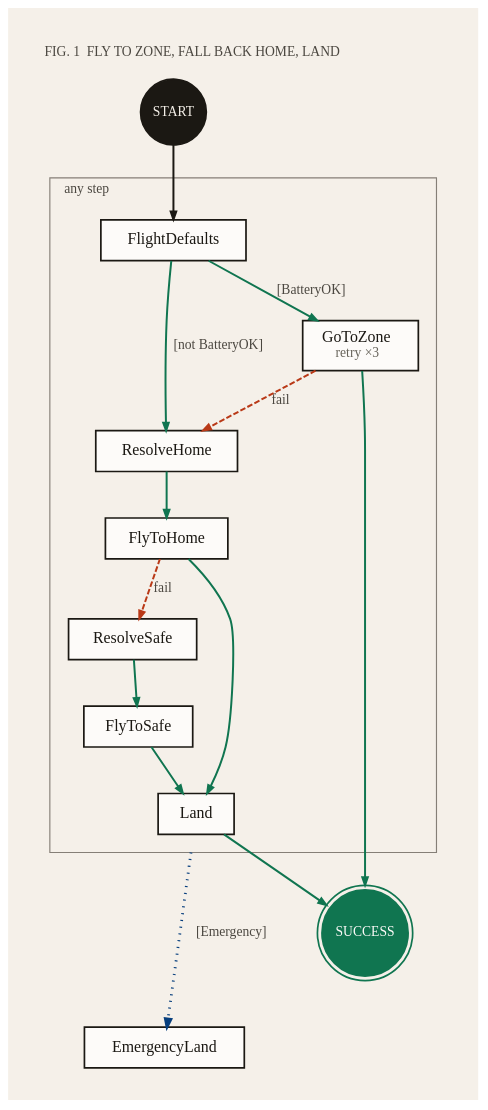
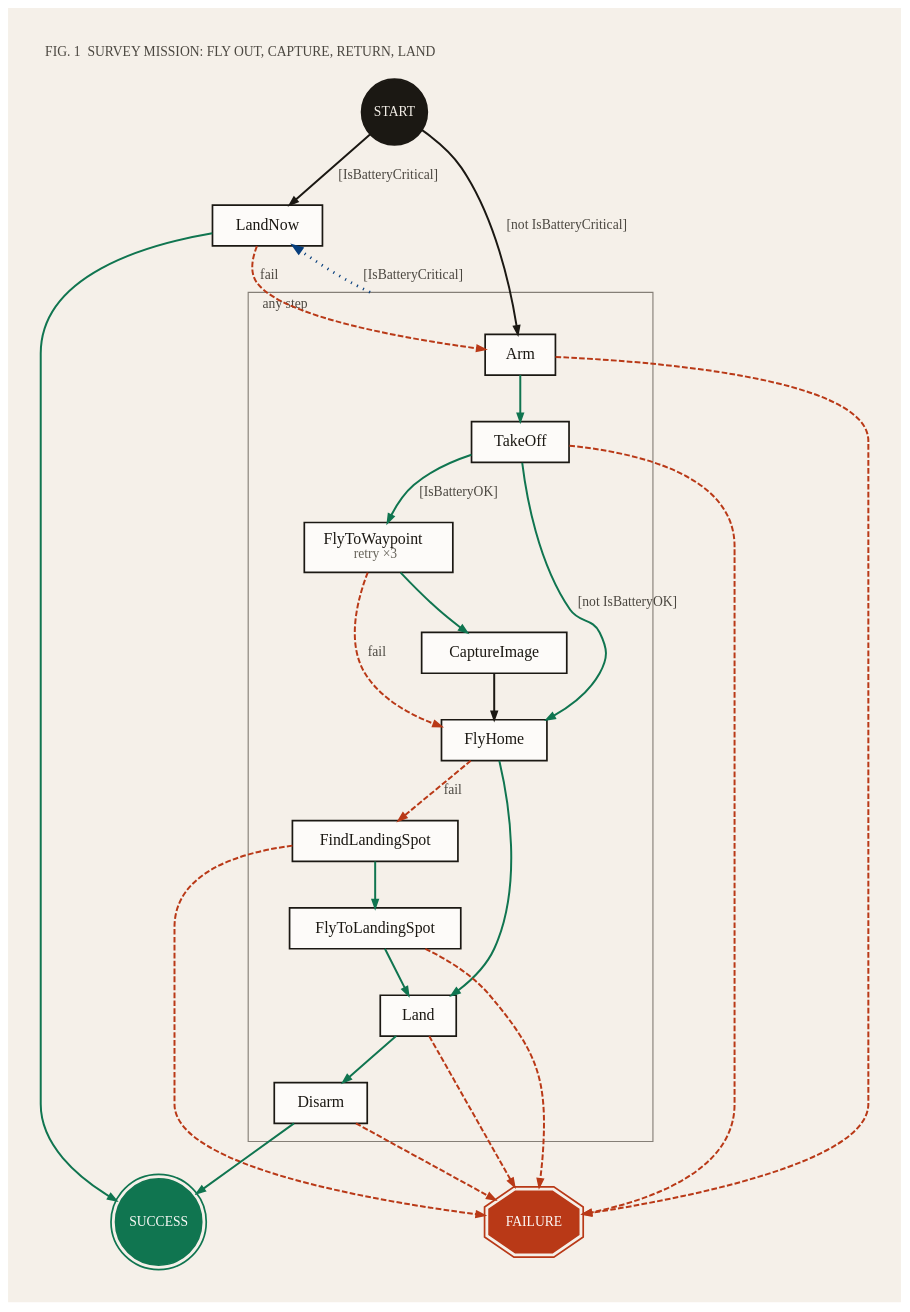
Before and after one commit to guilyx/beehave: the diagram in .branding/graph-style/example.dot, drawn with Graphviz. The commit also changed 11 other files, not shown here.

```diff
--- a/.branding/graph-style/example.dot
+++ b/.branding/graph-style/example.dot
@@ -1,60 +1,75 @@
 // Beehave graph style for Graphviz, light theme.
 // Hex values come from .branding/tokens/tokens.json (color.light.*).
+// Graph: examples/aerial/drone_mission.xml.
 //
 //   then         ink       #1b1813  solid    1.75
 //   on success   leaf      #107550  solid    1.75
-//   on failure   cinnabar  #b93917  dashed   1.75  + label "fail"
+//   on failure   cinnabar  #b93917  dashed   1.75  + label "fail" (not into FAILURE)
 //   preemption   prussian  #063e7d  dotted   2.5   + [Guard] label
 //
 // Node reference (not used in this figure):
-//   FAILURE   [shape=doubleoctagon, fillcolor="#b93917", color="#b93917", fontcolor="#fdfbf9"]
 //   condition [shape=hexagon, fillcolor="#ece6dd"]
 //   approx    [fillcolor="#fcc50e", style="filled,dashed", label=<Name<BR/><FONT FACE="Martian Mono" POINT-SIZE="12">~ approximated</FONT>>]
 
 digraph beehave {
   graph [
-    label="FIG. 1  FLY TO ZONE, FALL BACK HOME, LAND\n ", labelloc=t, labeljust=l,
+    label="FIG. 1  SURVEY MISSION: FLY OUT, CAPTURE, RETURN, LAND\n ", labelloc=t, labeljust=l,
     fontname="Martian Mono", fontsize=12, fontcolor="#4b4740",
     bgcolor="#f5f0e9", pad=0.4, nodesep=0.8, ranksep=0.55,
     rankdir=TB, compound=true, newrank=true
   ];
   node [
     shape=box, style=filled, fillcolor="#fdfbf9", color="#1b1813", penwidth=1.5,
     fontname="Archivo", fontsize=14, fontcolor="#1b1813",
     margin="0.24,0.12", height=0.5
   ];
   edge [
     color="#107550", penwidth=1.75, arrowhead=normal, arrowsize=0.7,
     fontname="Martian Mono", fontsize=12, fontcolor="#4b4740"
   ];
 
   START [shape=circle, fixedsize=true, width=0.8, fillcolor="#1b1813", color="#1b1813",
          fontcolor="#f5f0e9", fontsize=12, label="START"];
   SUCCESS [shape=doublecircle, fixedsize=true, width=1.05, fillcolor="#107550", color="#107550",
            fontcolor="#fdfbf9", fontsize=12, label="SUCCESS"];
-  EmergencyLand;
+  FAILURE [shape=doubleoctagon, fixedsize=true, width=1.1, height=0.75, fillcolor="#b93917",
+           color="#b93917", fontcolor="#fdfbf9", fontsize=12, label="FAILURE"];
+  LandNow;
 
   subgraph cluster_mission {
     label="any step"; labeljust=l;
     fontname="Martian Mono"; fontsize=12; fontcolor="#4b4740";
     style=solid; color="#857f77"; penwidth=1; margin=16;
 
-    FlightDefaults;
-    GoToZone [label=<GoToZone<BR/><FONT FACE="Martian Mono" POINT-SIZE="12" COLOR="#67635a">retry ×3</FONT>>];
-    ResolveHome; FlyToHome; ResolveSafe; FlyToSafe; Land;
+    Arm; TakeOff;
+    FlyToWaypoint [label=<FlyToWaypoint<BR/><FONT FACE="Martian Mono" POINT-SIZE="12" COLOR="#67635a">retry ×3</FONT>>];
+    CaptureImage; FlyHome; FindLandingSpot; FlyToLandingSpot; Land; Disarm;
   }
 
-  START -> FlightDefaults [color="#1b1813"];
-  FlightDefaults -> GoToZone [label=" [BatteryOK]"];
-  FlightDefaults -> ResolveHome [label=" [not BatteryOK]"];
-  GoToZone -> SUCCESS;
-  GoToZone -> ResolveHome [style=dashed, color="#b93917", label=" fail"];
-  ResolveHome -> FlyToHome;
-  FlyToHome -> Land;
-  FlyToHome -> ResolveSafe [style=dashed, color="#b93917", label=" fail"];
-  ResolveSafe -> FlyToSafe;
-  FlyToSafe -> Land;
-  Land -> SUCCESS;
-  Land -> EmergencyLand [ltail=cluster_mission, minlen=2, style=dotted, penwidth=2.5,
-                         color="#063e7d", label="  [Emergency]"];
+  { rank=same; SUCCESS; FAILURE; }
+
+  START -> LandNow [color="#1b1813", label=" [IsBatteryCritical]"];
+  START -> Arm [color="#1b1813", label=" [not IsBatteryCritical]"];
+  LandNow -> SUCCESS;
+  LandNow -> Arm [style=dashed, color="#b93917", label=" fail"];
+  Arm -> TakeOff;
+  Arm -> FAILURE [style=dashed, color="#b93917"];
+  TakeOff -> FlyToWaypoint [label=" [IsBatteryOK]"];
+  TakeOff -> FlyHome [label=" [not IsBatteryOK]"];
+  TakeOff -> FAILURE [style=dashed, color="#b93917"];
+  FlyToWaypoint -> CaptureImage;
+  FlyToWaypoint -> FlyHome [style=dashed, color="#b93917", label=" fail"];
+  CaptureImage -> FlyHome [color="#1b1813"];  // either outcome: one "then" edge
+  FlyHome -> Land;
+  FlyHome -> FindLandingSpot [style=dashed, color="#b93917", label=" fail"];
+  FindLandingSpot -> FlyToLandingSpot;
+  FindLandingSpot -> FAILURE [style=dashed, color="#b93917"];
+  FlyToLandingSpot -> Land;
+  FlyToLandingSpot -> FAILURE [style=dashed, color="#b93917"];
+  Land -> Disarm;
+  Land -> FAILURE [style=dashed, color="#b93917"];
+  Disarm -> SUCCESS;
+  Disarm -> FAILURE [style=dashed, color="#b93917"];
+  Arm -> LandNow [ltail=cluster_mission, constraint=false, style=dotted, penwidth=2.5,
+                  color="#063e7d", label="  [IsBatteryCritical]"];
 }
```
